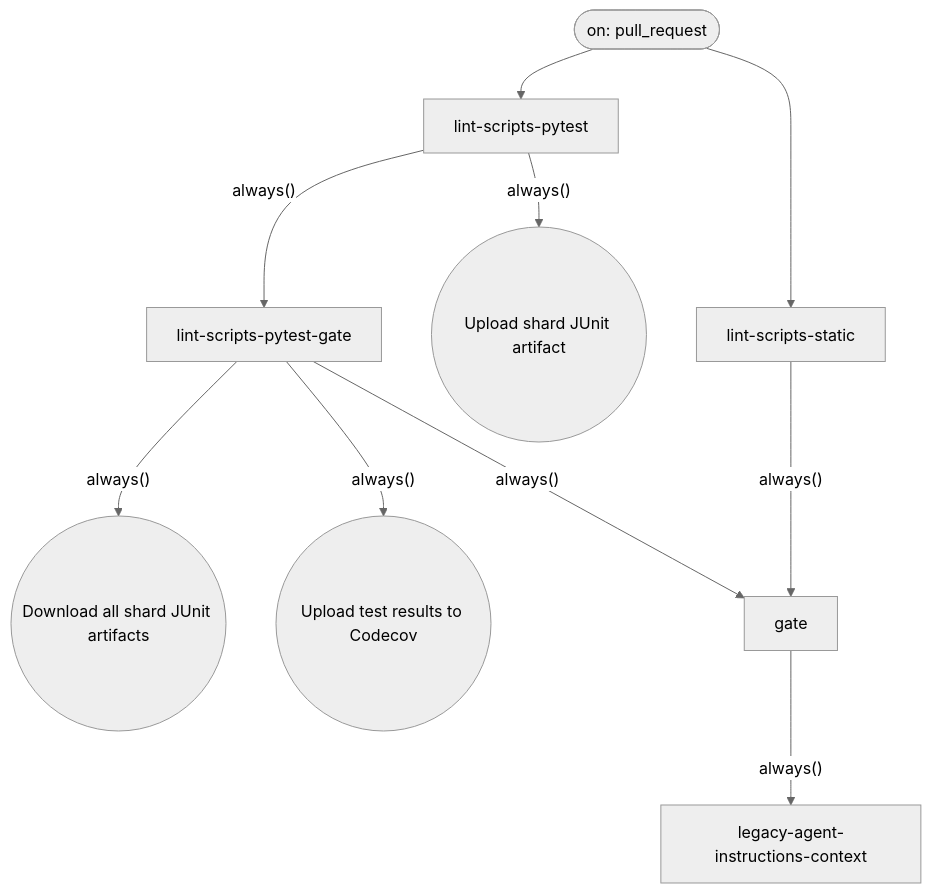
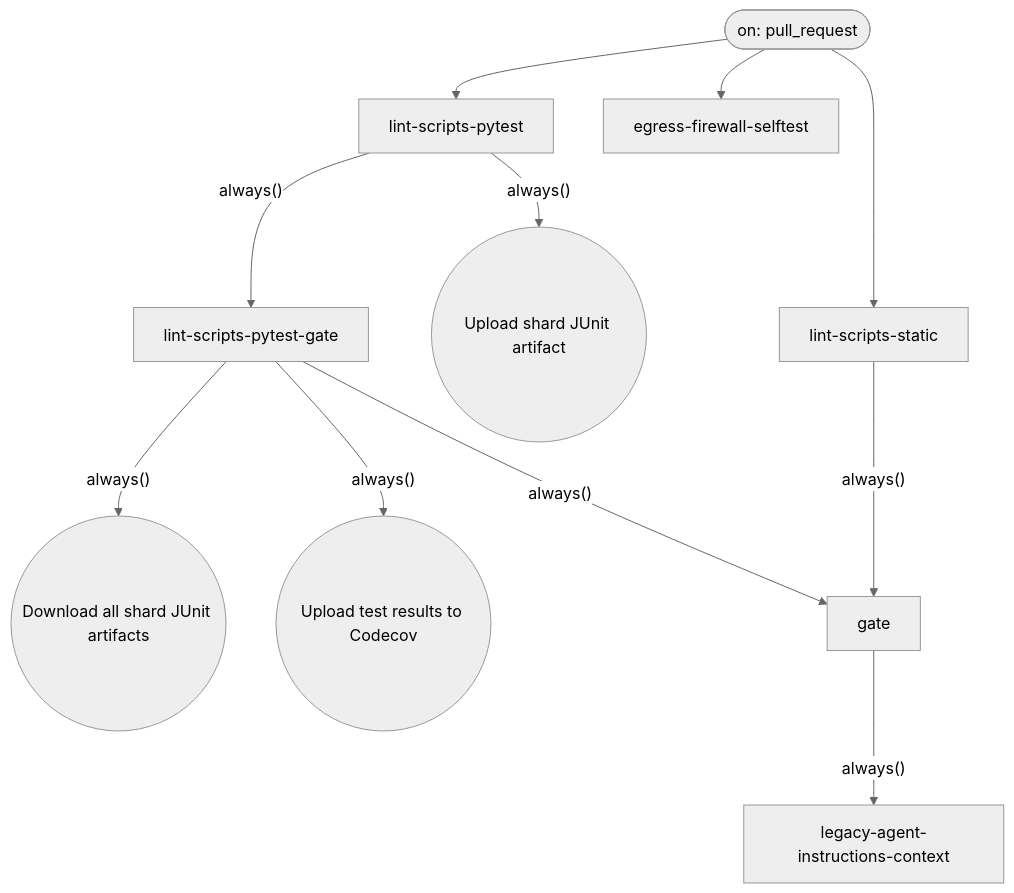
The diagram in docs/generated/workflows/verify-agents-if-branches.md (tvna/claude-md), drawn with Mermaid (neutral theme) before and after one commit.

Commit message:
ci(docs): regenerate workflow diagram for egress-firewall-selftest (#1257)
Generated artifact for PR4 (#1257): the workflow diagram now shows the isolated
egress-firewall-selftest job triggered by pull_request and, by design, not
feeding the required gate aggregation. Produced by the generate-docs hook from
the verify-agents.yml change in e1b1070; committed separately to keep that
commit's SHA (cited on #1257) stable.

https://claude.ai/code/session_01TCtHehuuC9Nj1HBeEeoQYk

````diff
--- a/docs/generated/workflows/verify-agents-if-branches.md
+++ b/docs/generated/workflows/verify-agents-if-branches.md
@@ -5,24 +5,26 @@
 ```mermaid
 flowchart TD
 
     T_pull_request(["on: pull_request"])
 
     J_lint_scripts_static["lint-scripts-static"]
     J_lint_scripts_pytest["lint-scripts-pytest"]
     S_J_lint_scripts_pytest_0(("Upload shard JUnit artifact"))
     J_lint_scripts_pytest_gate["lint-scripts-pytest-gate"]
     S_J_lint_scripts_pytest_gate_0(("Download all shard JUnit artifacts"))
     S_J_lint_scripts_pytest_gate_1(("Upload test results to Codecov"))
+    J_egress_firewall_selftest["egress-firewall-selftest"]
     J_gate["gate"]
     J_legacy_agent_instructions_context["legacy-agent-instructions-context"]
 
     T_pull_request --> J_lint_scripts_static
     T_pull_request --> J_lint_scripts_pytest
     J_lint_scripts_pytest -->|"always()"| S_J_lint_scripts_pytest_0
     J_lint_scripts_pytest -->|"always()"| J_lint_scripts_pytest_gate
     J_lint_scripts_pytest_gate -->|"always()"| S_J_lint_scripts_pytest_gate_0
     J_lint_scripts_pytest_gate -->|"always()"| S_J_lint_scripts_pytest_gate_1
+    T_pull_request --> J_egress_firewall_selftest
     J_lint_scripts_static -->|"always()"| J_gate
     J_lint_scripts_pytest_gate -->|"always()"| J_gate
     J_gate -->|"always()"| J_legacy_agent_instructions_context
 ```
````
